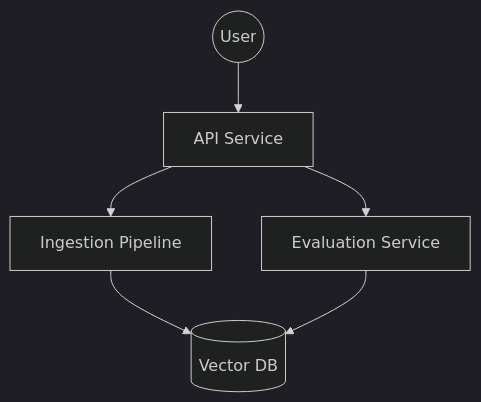
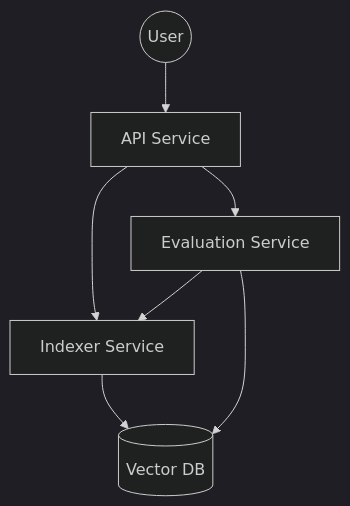
The first of 2 diagrams in openwiki/architecture/overview.md (abhindeves/langchain_docs_rag), drawn with Mermaid (dark theme) before and after one commit. The commit also changed other lines of this file and 5 other files, not shown here.

````diff
--- a/openwiki/architecture/overview.md
+++ b/openwiki/architecture/overview.md
@@ -25,12 +31,9 @@
 ```mermaid
 flowchart TB
-    API[API Service]
-    Ingestion[Ingestion Pipeline]
-    Eval[Evaluation Service]
-    
-    User((User)) --> API
-    API --> Ingestion
-    API --> Eval
-    Ingestion --> Qdrant[(Vector DB)]
+    User((User)) --> API[API Service]
+    API --> Indexer[Indexer Service]
+    API --> Eval[Evaluation Service]
+    Indexer --> Qdrant[(Vector DB)]
     Eval --> Qdrant
+    Eval --> Indexer
 ```
````
